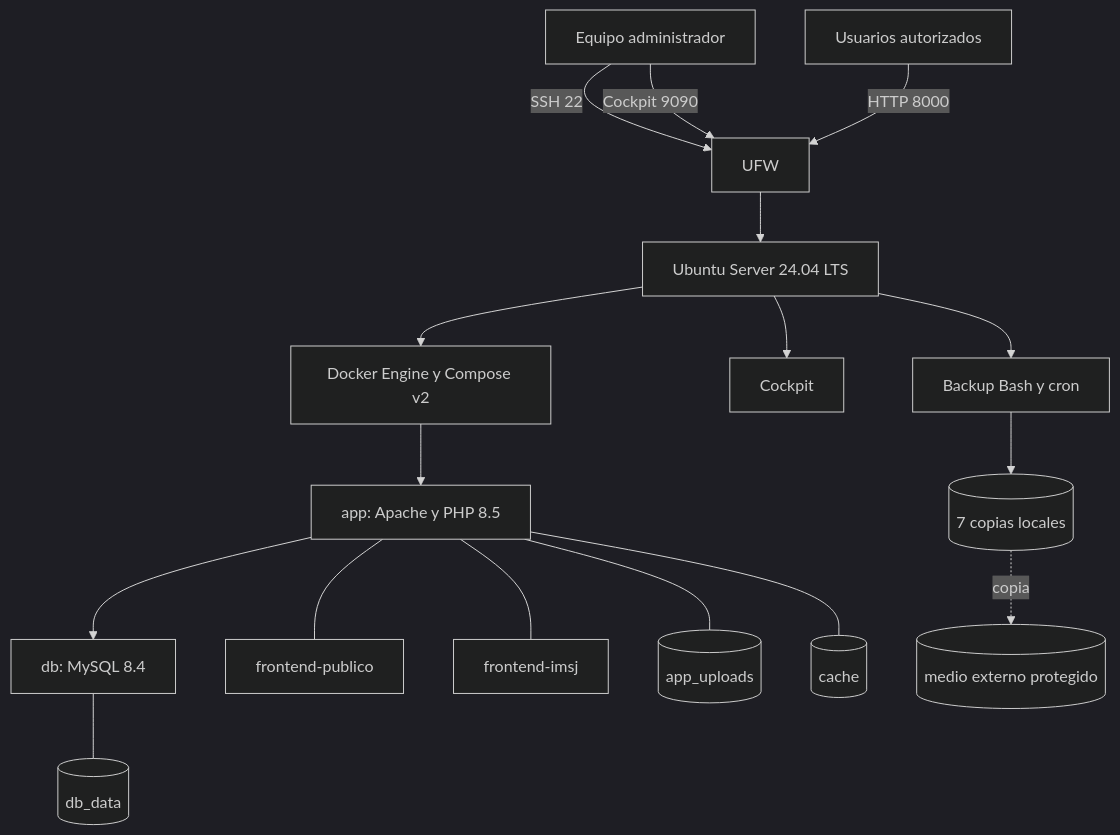
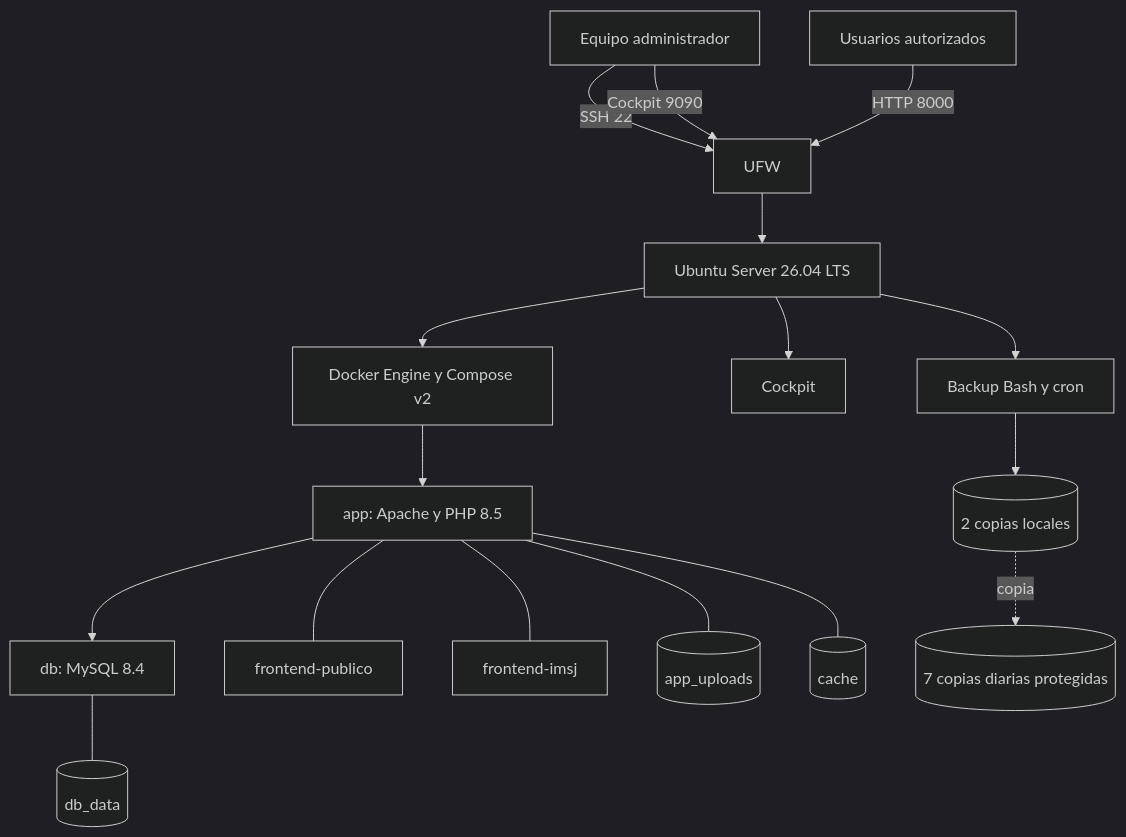
The first of 2 diagrams in docs/administracion_ssoo/arquitectura_propuesta.md (totito19/Proyecto-IMSJ), drawn with Mermaid (dark theme) before and after one commit. The commit also changed other lines of this file and 38 other files, not shown here.

````diff
--- a/docs/administracion_ssoo/arquitectura_propuesta.md
+++ b/docs/administracion_ssoo/arquitectura_propuesta.md
@@ -9,23 +9,23 @@
 ```mermaid
 flowchart TB
     Admin[Equipo administrador] -->|SSH 22| UFW[UFW]
     Admin -->|Cockpit 9090| UFW
     Usuarios[Usuarios autorizados] -->|HTTP 8000| UFW
 
-    UFW --> Host[Ubuntu Server 24.04 LTS]
+    UFW --> Host[Ubuntu Server 26.04 LTS]
     Host --> Docker[Docker Engine y Compose v2]
     Host --> Cockpit[Cockpit]
     Host --> Backup[Backup Bash y cron]
 
     Docker --> App[app: Apache y PHP 8.5]
     App --> DB[db: MySQL 8.4]
     App --- Portal[frontend-publico]
     App --- Panel[frontend-imsj]
 
     DB --- DBData[(db_data)]
     App --- Uploads[(app_uploads)]
     App --- Cache[(cache)]
 
-    Backup --> Local[(7 copias locales)]
-    Local -. copia .-> Externo[(medio externo protegido)]
+    Backup --> Local[(2 copias locales)]
+    Local -. copia .-> Externo[(7 copias diarias protegidas)]
 ```
````
